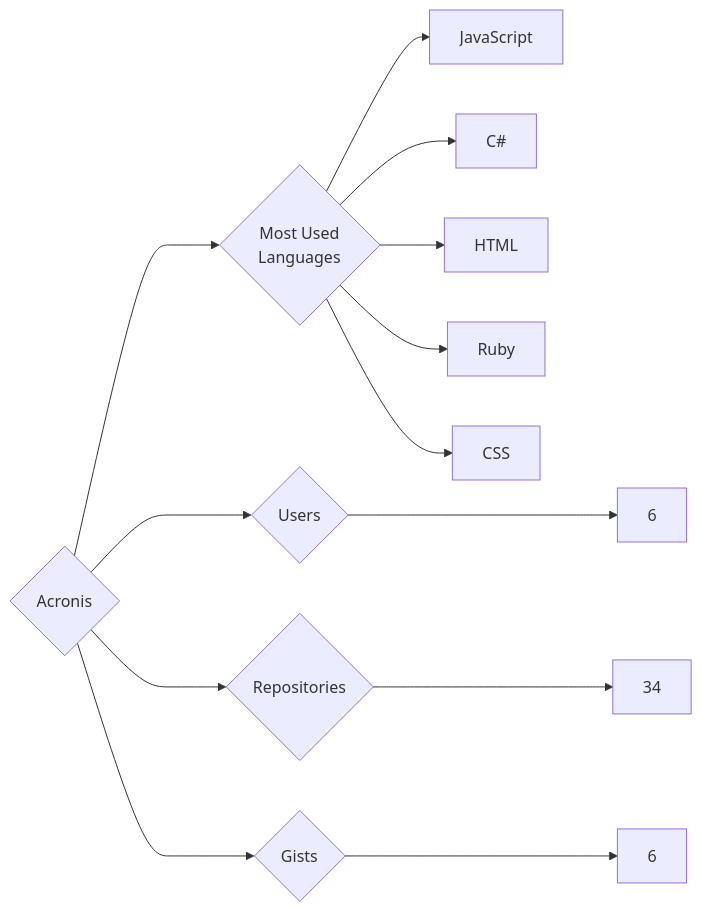
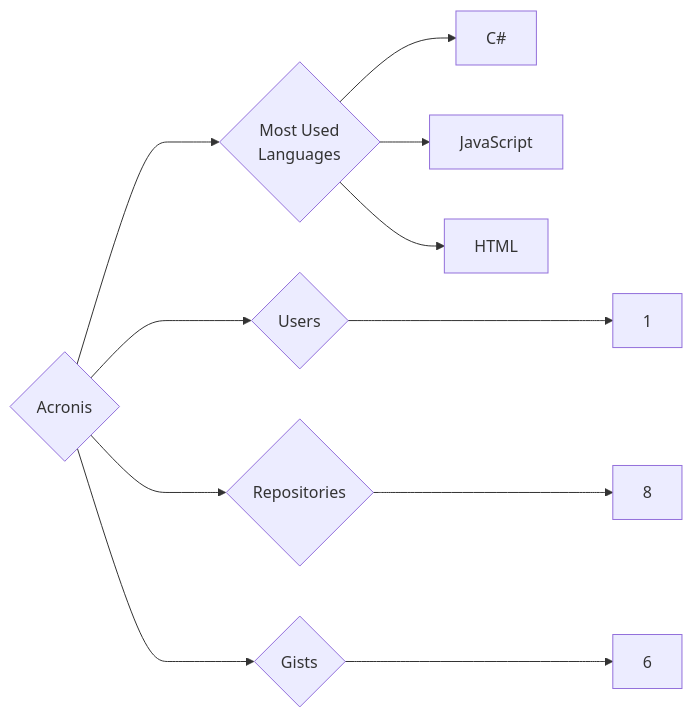
The diagram in targets/Acronis/README.md (trickest/insiders), drawn with Mermaid before and after one commit. The commit also changed 860 other files, not shown here.

````diff
--- a/targets/Acronis/README.md
+++ b/targets/Acronis/README.md
@@ -3,13 +3,11 @@
 ```mermaid
 graph LR
 COMPANY_NAME{Acronis}
-COMPANY_NAME ---> U{Users} ---> UN[6]
-COMPANY_NAME ---> R{Repositories} ---> RN[34]
+COMPANY_NAME ---> U{Users} ---> UN[1]
+COMPANY_NAME ---> R{Repositories} ---> RN[8]
 COMPANY_NAME ---> G{Gists} ---> GN[6]
 COMPANY_NAME ---> ML{Most Used<br>Languages}
+ML --> C#[C#]
 ML --> JavaScript[JavaScript]
-ML --> C#[C#]
 ML --> HTML[HTML]
-ML --> Ruby[Ruby]
-ML --> CSS[CSS]
 ```
````
